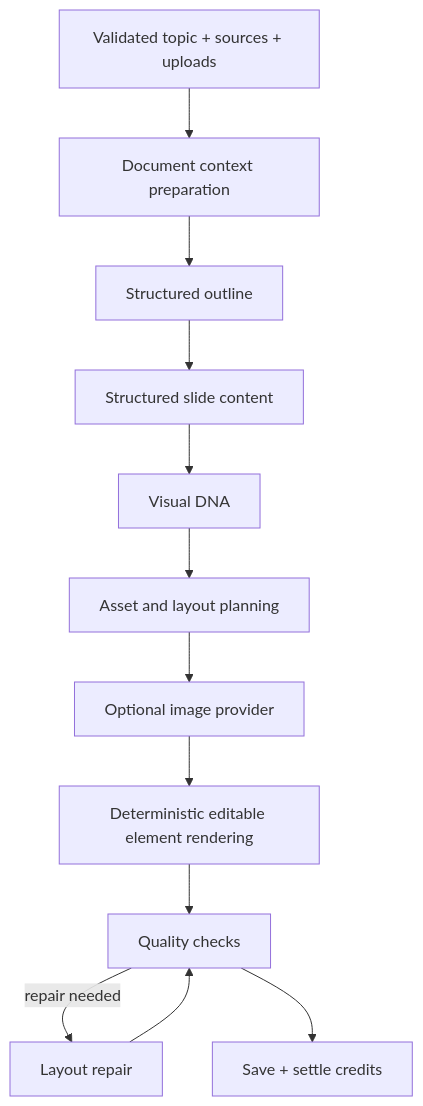
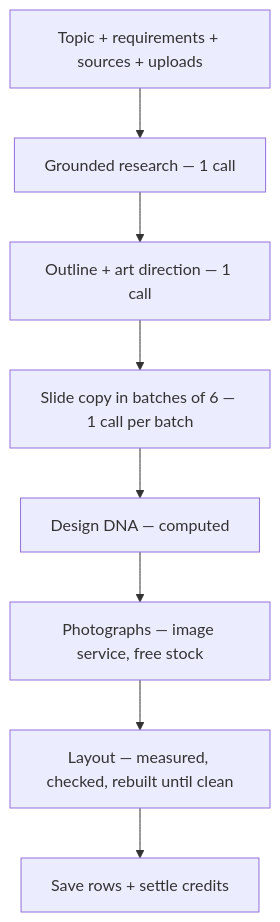
Before and after one commit to Samandaukam1/jaxongirman: the diagram in docs/ai-pipeline.md, drawn with Mermaid. The commit also changed other lines of this file and 3 other files, not shown here.

````diff
--- a/docs/ai-pipeline.md
+++ b/docs/ai-pipeline.md
@@ -5,14 +5,10 @@
 ```mermaid
 flowchart TD
-  I[Validated topic + sources + uploads] --> X[Document context preparation]
-  X --> O[Structured outline]
-  O --> C[Structured slide content]
-  C --> V[Visual DNA]
-  V --> P[Asset and layout planning]
-  P --> G[Optional image provider]
-  G --> R[Deterministic editable element rendering]
-  R --> Q[Quality checks]
-  Q -->|repair needed| F[Layout repair]
-  F --> Q
-  Q --> S[Save + settle credits]
+  I[Topic + requirements + sources + uploads] --> R[Grounded research — 1 call]
+  R --> O[Outline + art direction — 1 call]
+  O --> C[Slide copy in batches of 6 — 1 call per batch]
+  C --> D[Design DNA — computed]
+  D --> P[Photographs — image service, free stock]
+  P --> L[Layout — measured, checked, rebuilt until clean]
+  L --> S[Save rows + settle credits]
 ```
````
